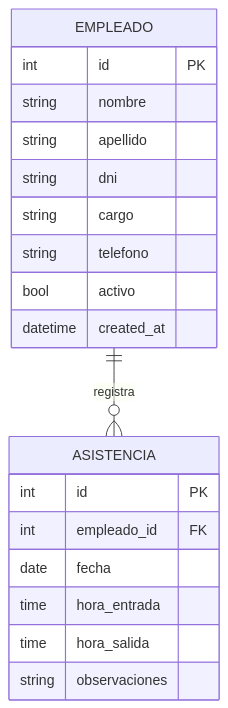
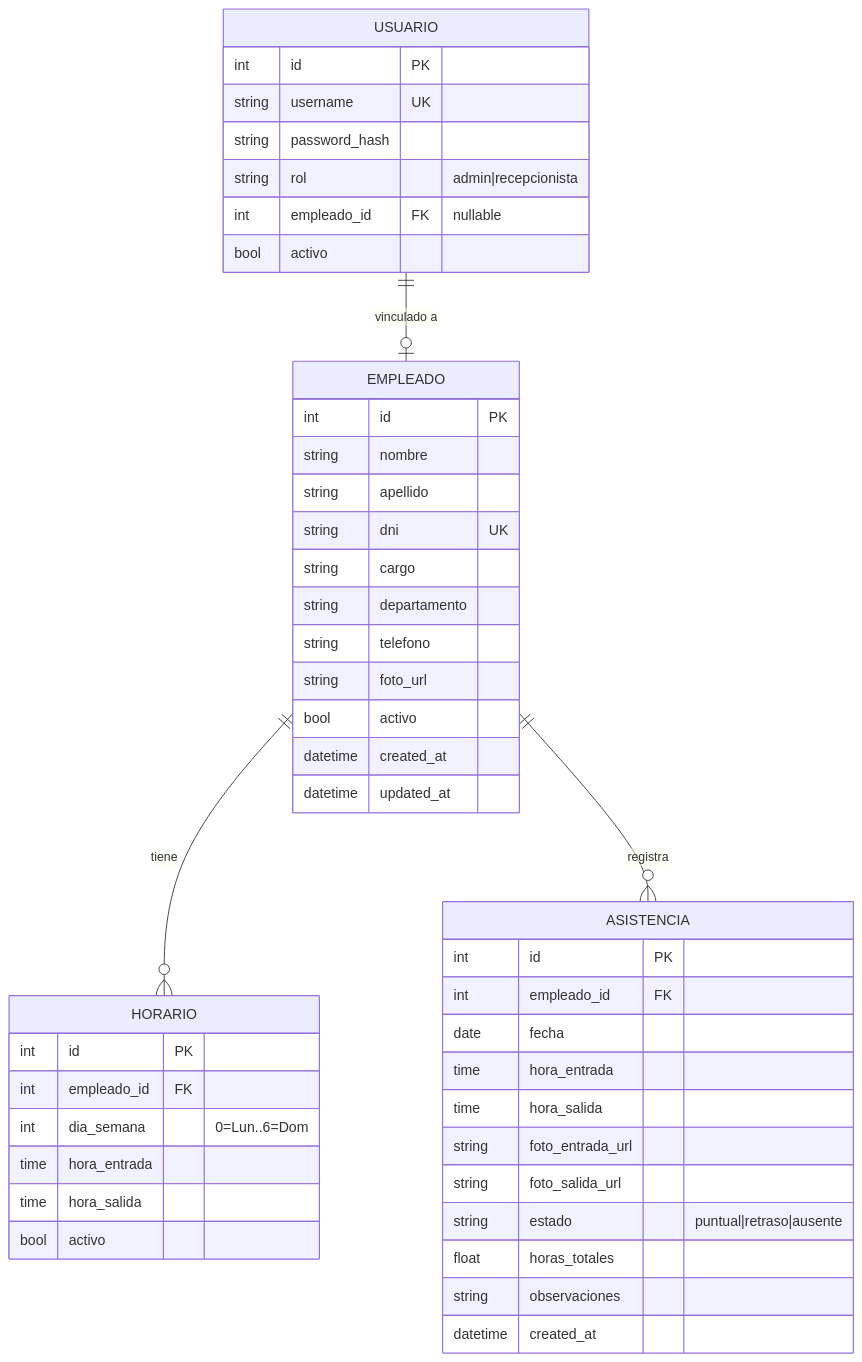
The diagram in docs/Arquitectura/Base de Datos.md (estebanSulcaInfante/gym-managment), drawn with Mermaid before and after one commit. The commit also changed 91 other files, not shown here.

````diff
--- a/docs/Arquitectura/Base de Datos.md
+++ b/docs/Arquitectura/Base de Datos.md
@@ -21,24 +21,52 @@
 ```mermaid
 erDiagram
+    USUARIO {
+        int id PK
+        string username UK
+        string password_hash
+        string rol "admin|recepcionista"
+        int empleado_id FK "nullable"
+        bool activo
+    }
+
     EMPLEADO {
         int id PK
         string nombre
         string apellido
-        string dni
+        string dni UK
         string cargo
+        string departamento
         string telefono
+        string foto_url
         bool activo
         datetime created_at
+        datetime updated_at
+    }
+
+    HORARIO {
+        int id PK
+        int empleado_id FK
+        int dia_semana "0=Lun..6=Dom"
+        time hora_entrada
+        time hora_salida
+        bool activo
     }
     
     ASISTENCIA {
         int id PK
         int empleado_id FK
         date fecha
         time hora_entrada
         time hora_salida
+        string foto_entrada_url
+        string foto_salida_url
+        string estado "puntual|retraso|ausente"
+        float horas_totales
         string observaciones
+        datetime created_at
     }
     
+    USUARIO ||--o| EMPLEADO : "vinculado a"
+    EMPLEADO ||--o{ HORARIO : "tiene"
     EMPLEADO ||--o{ ASISTENCIA : "registra"
 ```
````
